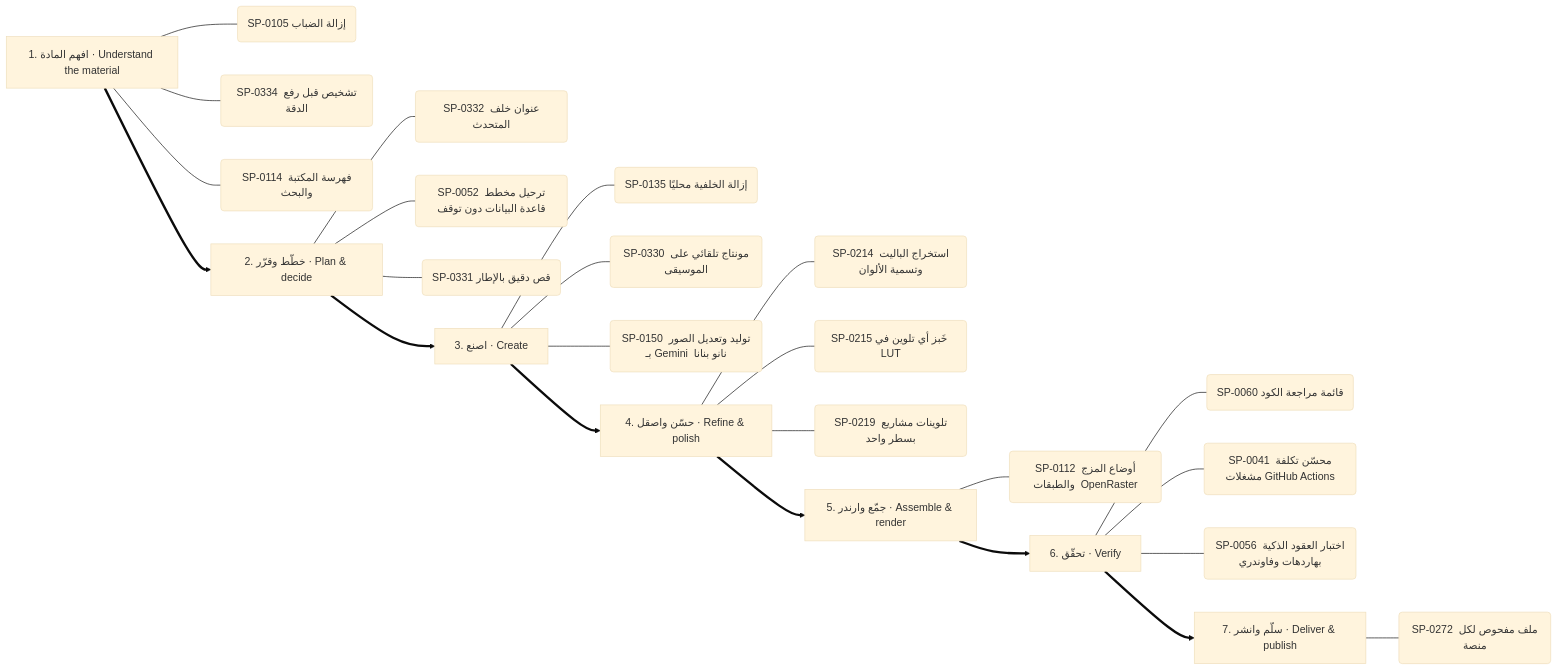
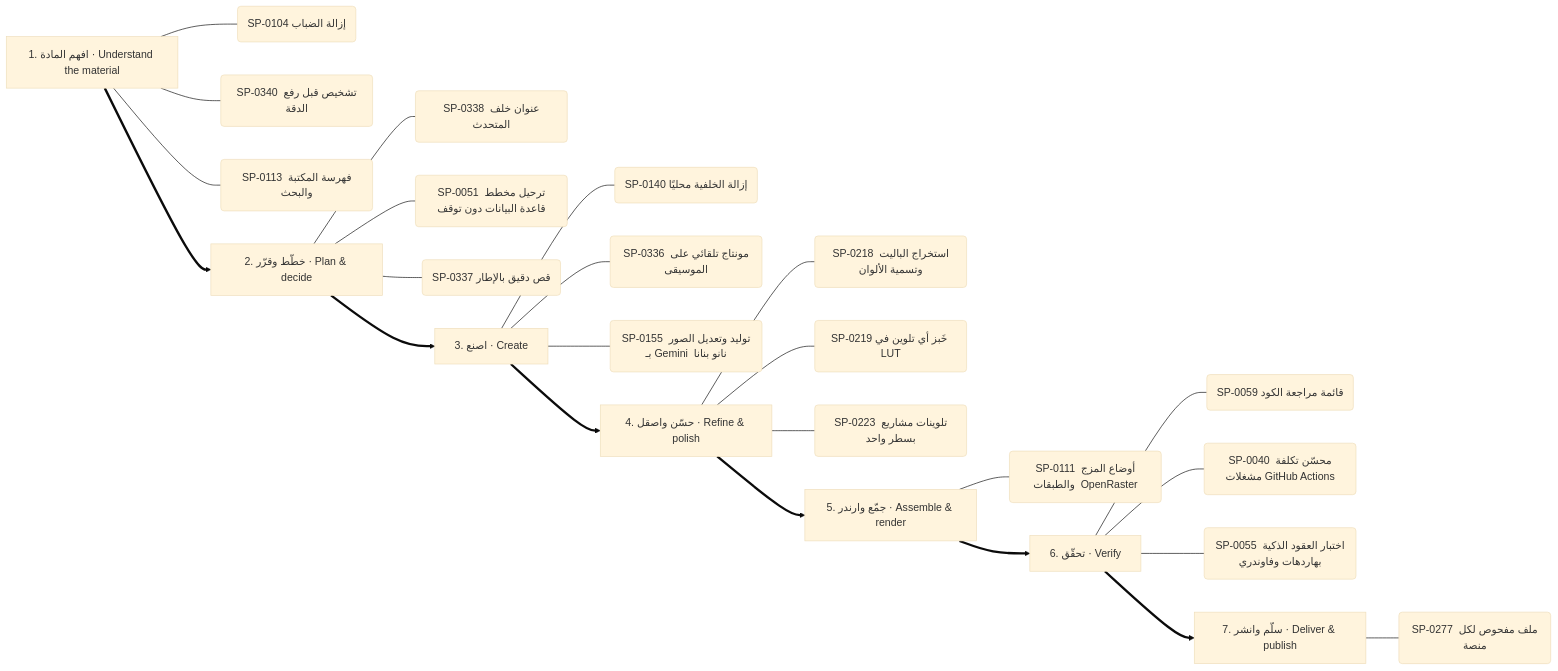
Before and after one commit to kosif199022-jpg/kosif-tool: the seventh of 13 diagrams in .claude/skills/kosif-superpowers/references/capability-mindmap.md, drawn with Mermaid (base theme). The commit also changed other lines of this file and 146 other files, not shown here.

````diff
--- a/.claude/skills/kosif-superpowers/references/capability-mindmap.md
+++ b/.claude/skills/kosif-superpowers/references/capability-mindmap.md
@@ -361,33 +361,33 @@
 ```mermaid
 flowchart LR
   S0["1. افهم المادة · Understand the material"]
-  S0 --- S0_0("SP-0105 إزالة الضباب")
-  S0 --- S0_1("SP-0334 تشخيص قبل رفع الدقة")
-  S0 --- S0_2("SP-0114 فهرسة المكتبة والبحث")
+  S0 --- S0_0("SP-0104 إزالة الضباب")
+  S0 --- S0_1("SP-0340 تشخيص قبل رفع الدقة")
+  S0 --- S0_2("SP-0113 فهرسة المكتبة والبحث")
   S1["2. خطّط وقرّر · Plan & decide"]
-  S1 --- S1_0("SP-0332 عنوان خلف المتحدث")
-  S1 --- S1_1("SP-0052 ترحيل مخطط قاعدة البيانات دون توقف")
-  S1 --- S1_2("SP-0331 قص دقيق بالإطار")
+  S1 --- S1_0("SP-0338 عنوان خلف المتحدث")
+  S1 --- S1_1("SP-0051 ترحيل مخطط قاعدة البيانات دون توقف")
+  S1 --- S1_2("SP-0337 قص دقيق بالإطار")
   S0 ==> S1
   S2["3. اصنع · Create"]
-  S2 --- S2_0("SP-0135 إزالة الخلفية محليًا")
-  S2 --- S2_1("SP-0330 مونتاج تلقائي على الموسيقى")
-  S2 --- S2_2("SP-0150 توليد وتعديل الصور بـ Gemini  نانو بنانا ")
+  S2 --- S2_0("SP-0140 إزالة الخلفية محليًا")
+  S2 --- S2_1("SP-0336 مونتاج تلقائي على الموسيقى")
+  S2 --- S2_2("SP-0155 توليد وتعديل الصور بـ Gemini  نانو بنانا ")
   S1 ==> S2
   S3["4. حسّن واصقل · Refine & polish"]
-  S3 --- S3_0("SP-0214 استخراج الباليت وتسمية الألوان")
-  S3 --- S3_1("SP-0215 خَبز أي تلوين في LUT")
-  S3 --- S3_2("SP-0219 تلوينات مشاريع بسطر واحد")
+  S3 --- S3_0("SP-0218 استخراج الباليت وتسمية الألوان")
+  S3 --- S3_1("SP-0219 خَبز أي تلوين في LUT")
+  S3 --- S3_2("SP-0223 تلوينات مشاريع بسطر واحد")
   S2 ==> S3
   S4["5. جمّع وارندر · Assemble & render"]
-  S4 --- S4_0("SP-0112 أوضاع المزج والطبقات  OpenRaster ")
+  S4 --- S4_0("SP-0111 أوضاع المزج والطبقات  OpenRaster ")
   S3 ==> S4
   S5["6. تحقّق · Verify"]
-  S5 --- S5_0("SP-0060 قائمة مراجعة الكود")
-  S5 --- S5_1("SP-0041 محسّن تكلفة مشغلات GitHub Actions")
-  S5 --- S5_2("SP-0056 اختبار العقود الذكية بهاردهات وفاوندري")
+  S5 --- S5_0("SP-0059 قائمة مراجعة الكود")
+  S5 --- S5_1("SP-0040 محسّن تكلفة مشغلات GitHub Actions")
+  S5 --- S5_2("SP-0055 اختبار العقود الذكية بهاردهات وفاوندري")
   S4 ==> S5
   S6["7. سلّم وانشر · Deliver & publish"]
-  S6 --- S6_0("SP-0272 ملف مفحوص لكل منصة")
+  S6 --- S6_0("SP-0277 ملف مفحوص لكل منصة")
   S5 ==> S6
 ```
````
